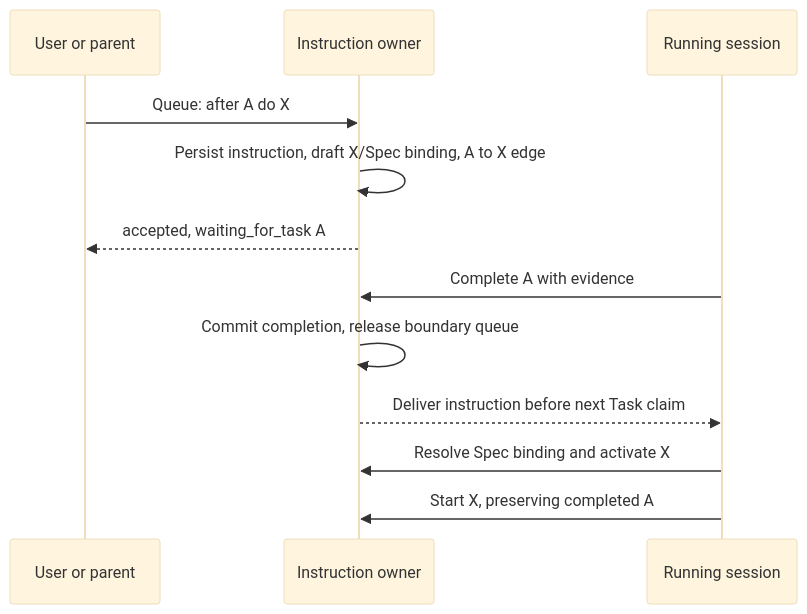
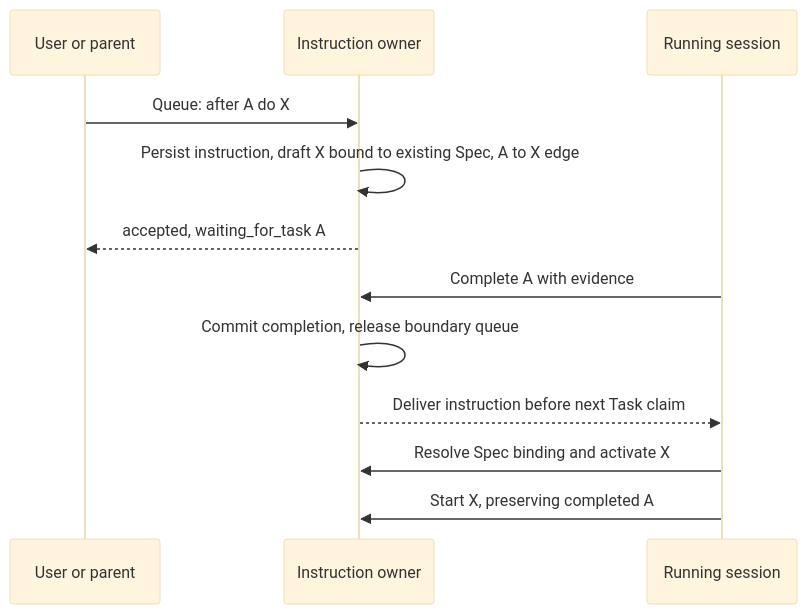
Before and after one commit to Hexpy-Games/butler: the second of 2 diagrams in plans/work-model/work-model-design.md, drawn with Mermaid (base theme). The commit also changed other lines of this file, not shown here.

````diff
--- a/plans/work-model/work-model-design.md
+++ b/plans/work-model/work-model-design.md
@@ -225,14 +239,14 @@
 ```mermaid
 sequenceDiagram
   participant U as User or parent
   participant C as Instruction owner
   participant S as Running session
   U->>C: Queue: after A do X
-  C->>C: Persist instruction, draft X/Spec binding, A to X edge
+  C->>C: Persist instruction, draft X bound to existing Spec, A to X edge
   C-->>U: accepted, waiting_for_task A
   S->>C: Complete A with evidence
   C->>C: Commit completion, release boundary queue
   C-->>S: Deliver instruction before next Task claim
   S->>C: Resolve Spec binding and activate X
   S->>C: Start X, preserving completed A
 ```
````
